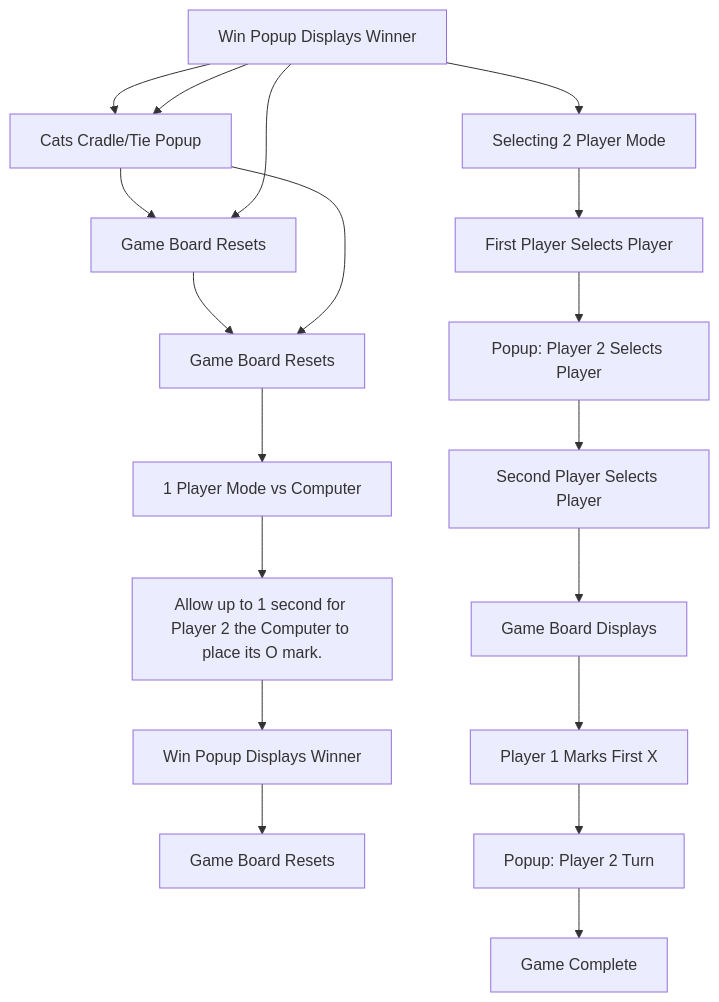
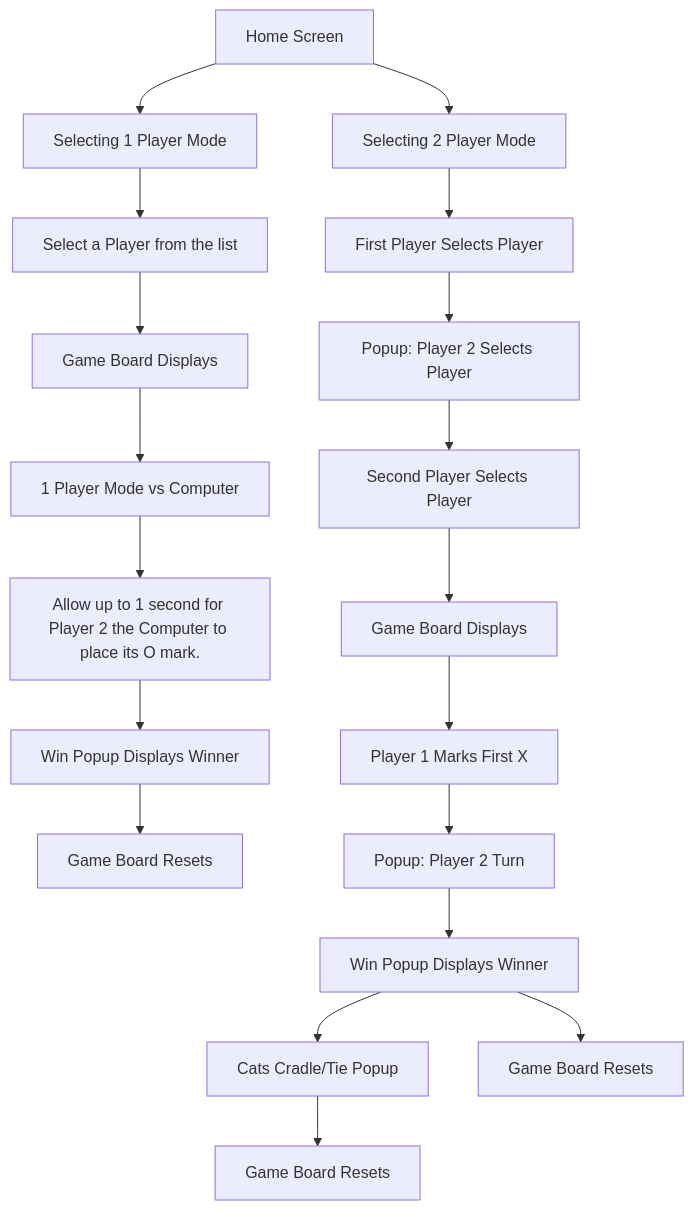
One commit to jfprogramming/tic-tac-toe changed the second of 2 diagrams in README.md. Above: the diagram before and after it, drawn with Mermaid.

````diff
--- a/README.md
+++ b/README.md
@@ -59,21 +59,21 @@
 ```mermaid
 graph TD
     A[Home Screen] --> B[Selecting 1 Player Mode]
     B --> C[Select a Player from the list]
     C --> D[Game Board Displays]
     D --> E[1 Player Mode vs Computer]
     E --> F[Allow up to 1 second for Player 2 the Computer to place its O mark.]
     F --> G[Win Popup Displays Winner]
     G --> H[Game Board Resets]
     A --> I[Selecting 2 Player Mode]
     I --> J[First Player Selects Player]
     J --> K[Popup: Player 2 Selects Player]
     K --> L[Second Player Selects Player]
     L --> M[Game Board Displays]
     M --> N[Player 1 Marks First X]
     N --> O[Popup: Player 2 Turn]
     O --> P[Game Complete]
-    A[Win Popup Displays Winner] --> B[Cats Cradle/Tie Popup]
-    A --> C[Game Board Resets]
-    B --> D[Game Board Resets]
+    P[Win Popup Displays Winner] --> Q[Cats Cradle/Tie Popup]
+    P --> R[Game Board Resets]
+    Q --> S[Game Board Resets]
 ```
````
